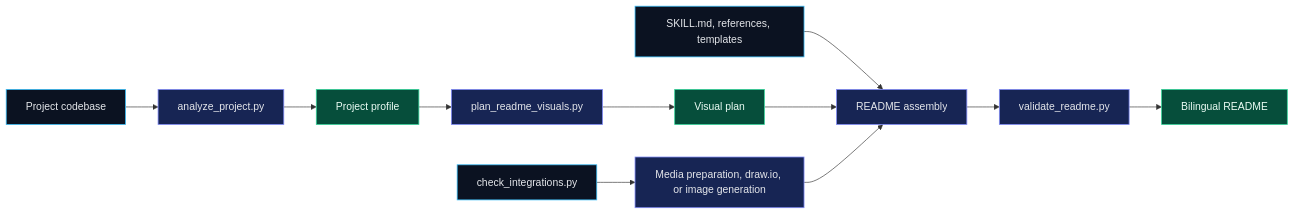
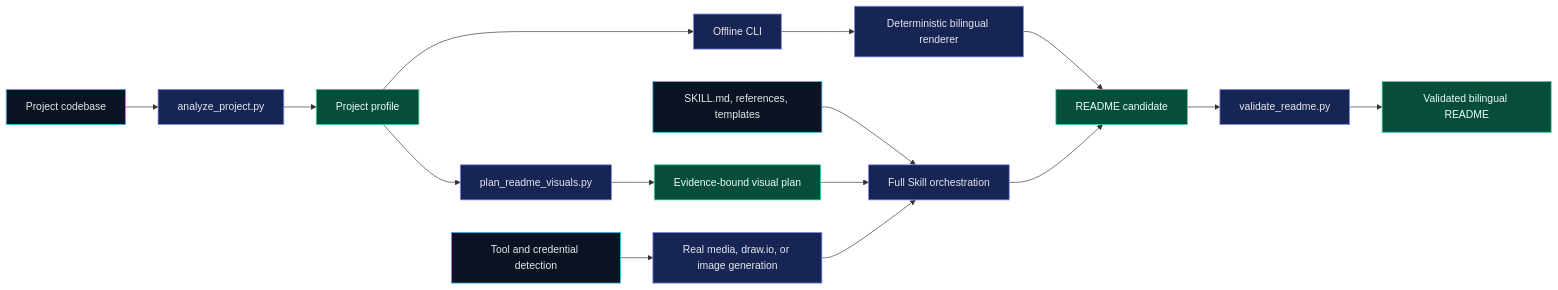
The fourth of 4 diagrams in README.md (ChrysFu-FndVent/readme-architect), drawn with Mermaid before and after one commit. The commit also changed other lines of this file and 20 other files, not shown here.

Commit message:
feat: add offline CLI and release packaging

````diff
--- a/README.md
+++ b/README.md
@@ -442,19 +525,23 @@
 ```mermaid
 flowchart LR
     A[Project codebase] --> B[analyze_project.py]
     B --> C[Project profile]
-    C --> D[plan_readme_visuals.py]
-    D --> E[Visual plan]
-    F[SKILL.md, references, templates] --> H[README assembly]
-    E --> H
-    I[check_integrations.py] --> J[Media preparation, draw.io, or image generation]
-    J --> H
-    H --> K[validate_readme.py]
-    K --> L[Bilingual README]
+    C --> D[Offline CLI]
+    D --> E[Deterministic bilingual renderer]
+    C --> F[plan_readme_visuals.py]
+    F --> G[Evidence-bound visual plan]
+    H[SKILL.md, references, templates] --> I[Full Skill orchestration]
+    G --> I
+    J[Tool and credential detection] --> K[Real media, draw.io, or image generation]
+    K --> I
+    E --> L[README candidate]
+    I --> L
+    L --> M[validate_readme.py]
+    M --> N[Validated bilingual README]
     classDef source fill:#0B1221,stroke:#38BDF8,stroke-width:1.2px,color:#E5E7EB;
     classDef process fill:#172554,stroke:#818CF8,stroke-width:1.2px,color:#E5E7EB;
     classDef output fill:#064E3B,stroke:#34D399,stroke-width:1.2px,color:#ECFDF5;
-    class A,F,I source;
-    class B,D,H,J,K process;
-    class C,E,L output;
+    class A,H,J source;
+    class B,D,E,F,I,K,M process;
+    class C,G,L,N output;
 ```
````
